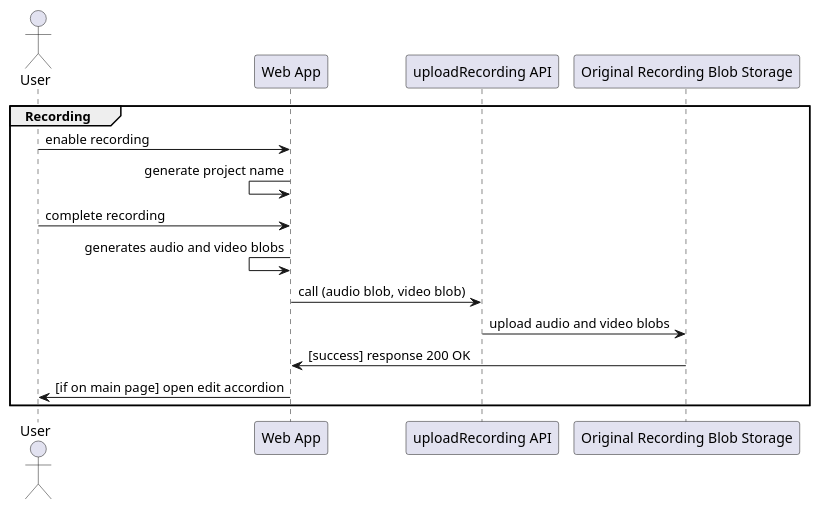
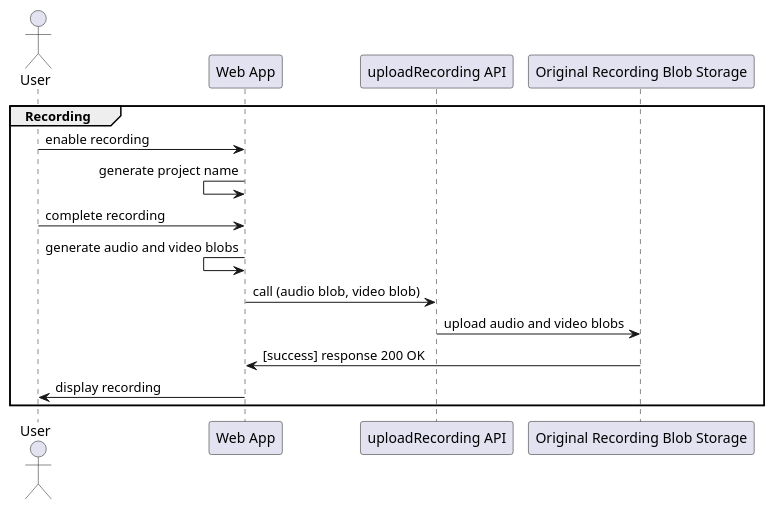
The diagram in examples/recording.puml (jennifer-platt/ECM2429-UML), drawn with PlantUML before and after one commit. The commit also changed 2 other files, not shown here.

Commit message:
Recording diagram

```diff
--- a/examples/recording.puml
+++ b/examples/recording.puml
@@ -1,18 +1,18 @@
-@startuml system-flow_enter-test-result-code
+@startuml recording
 
 Actor User
 
 group Recording
 User -> "Web App": enable recording
 "Web App" <- "Web App": generate project name
 User -> "Web App": complete recording
 
-"Web App" <- "Web App": generates audio and video blobs
+"Web App" <- "Web App": generate audio and video blobs
 "Web App" -> "uploadRecording API": call (audio blob, video blob)
 "uploadRecording API" -> "Original Recording Blob Storage": upload audio and video blobs
 "Web App" <- "Original Recording Blob Storage": [success] response 200 OK
-User <- "Web App": [if on main page] open edit accordion
+User <- "Web App": display recording
 
 end
 
 @enduml
```
